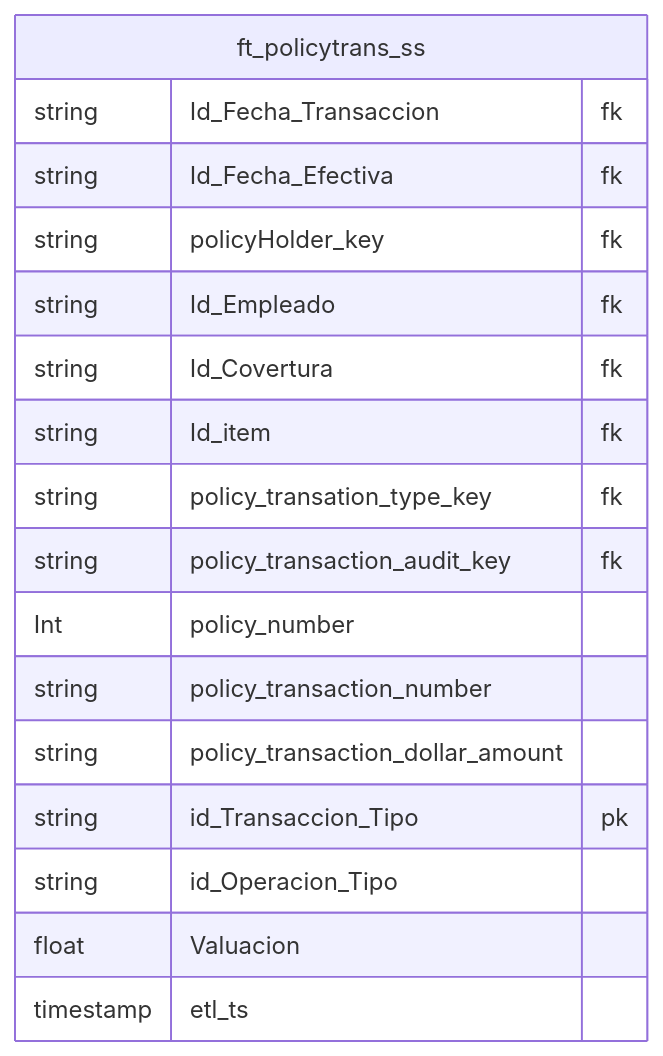
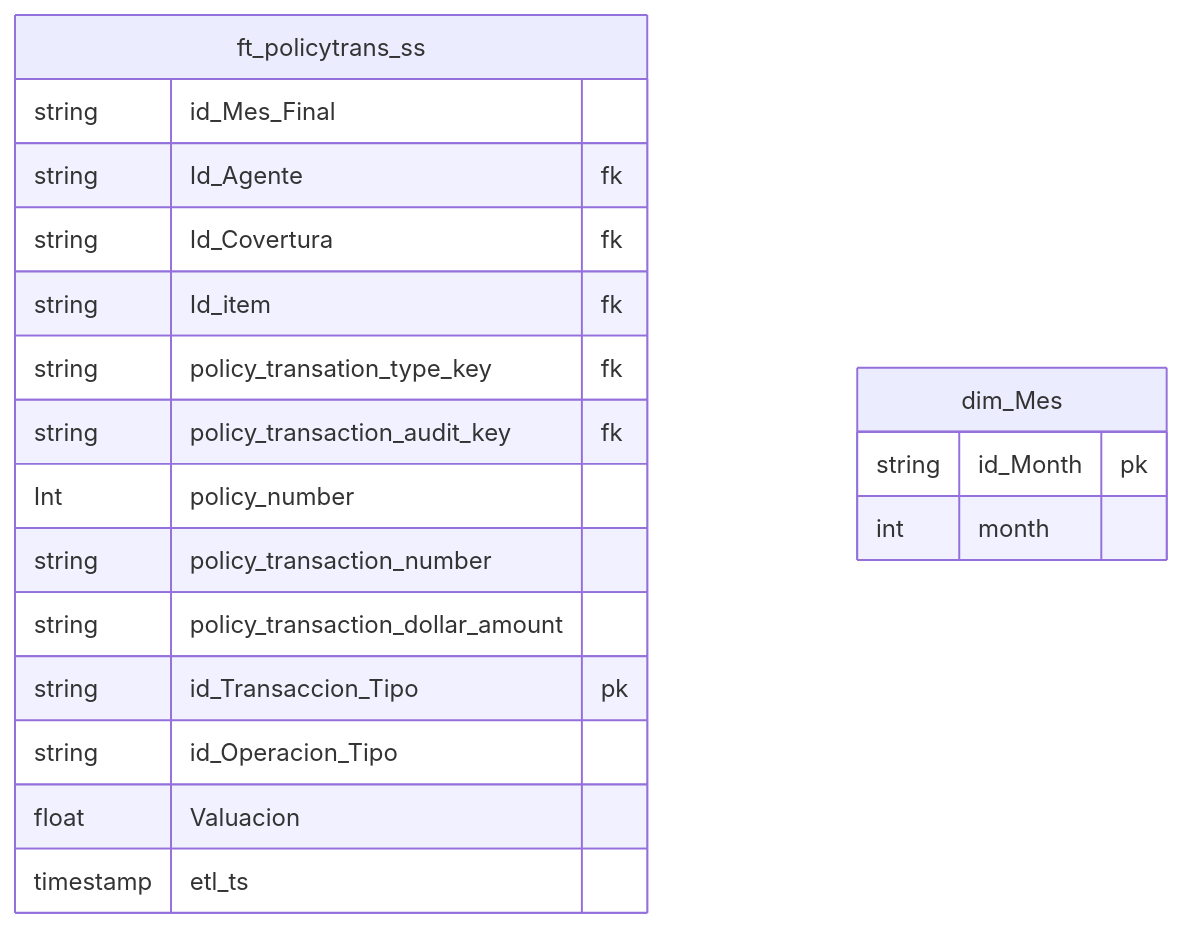
One commit to Facu4798/tps_ml2 changed the diagram in premium_snapshot.mermaid. Above: the diagram before and after it, drawn with Mermaid. The commit also changed 1 other file, not shown here.

Commit message:
pasar todo a español en policy

```diff
--- a/premium_snapshot.mermaid
+++ b/premium_snapshot.mermaid
@@ -1,26 +1,33 @@
 
 erDiagram
 
 %% fact table relationships
 
+%% Id_Empleado se refiere a cualquier empleado involucrado en una transacción específica. 
+%% Ejemplo: En una transacción de "modificación de póliza", el Id_Empleado podría ser un suscriptor (underwriter) que aprobó el cambio.
+
+%% Id_Agente se refiere específicamente al agente de ventas responsable de esa póliza. Es un rol específico y persistente.
 
 %% ft: facto, ss: frecuencia carga(segundos)
 ft_policytrans_ss {
-    string Id_Fecha_Transaccion fk   
-    %% se conecta con date_key
-    string Id_Fecha_Efectiva fk     
-    %% se conecta con date_key
-    string policyHolder_key fk
-    string Id_Empleado fk
+    string id_Mes_Final
+    string Id_Agente fk
     string Id_Covertura fk
     string Id_item fk
     string policy_transation_type_key fk
     string policy_transaction_audit_key fk
     Int policy_number
     string policy_transaction_number
     string policy_transaction_dollar_amount
     string id_Transaccion_Tipo pk
     string id_Operacion_Tipo 
     float Valuacion
     timestamp etl_ts
 }
+
+
+%% Dimension Role Playing
+dim_Mes {
+    string id_Month pk
+    int month
+}
```
